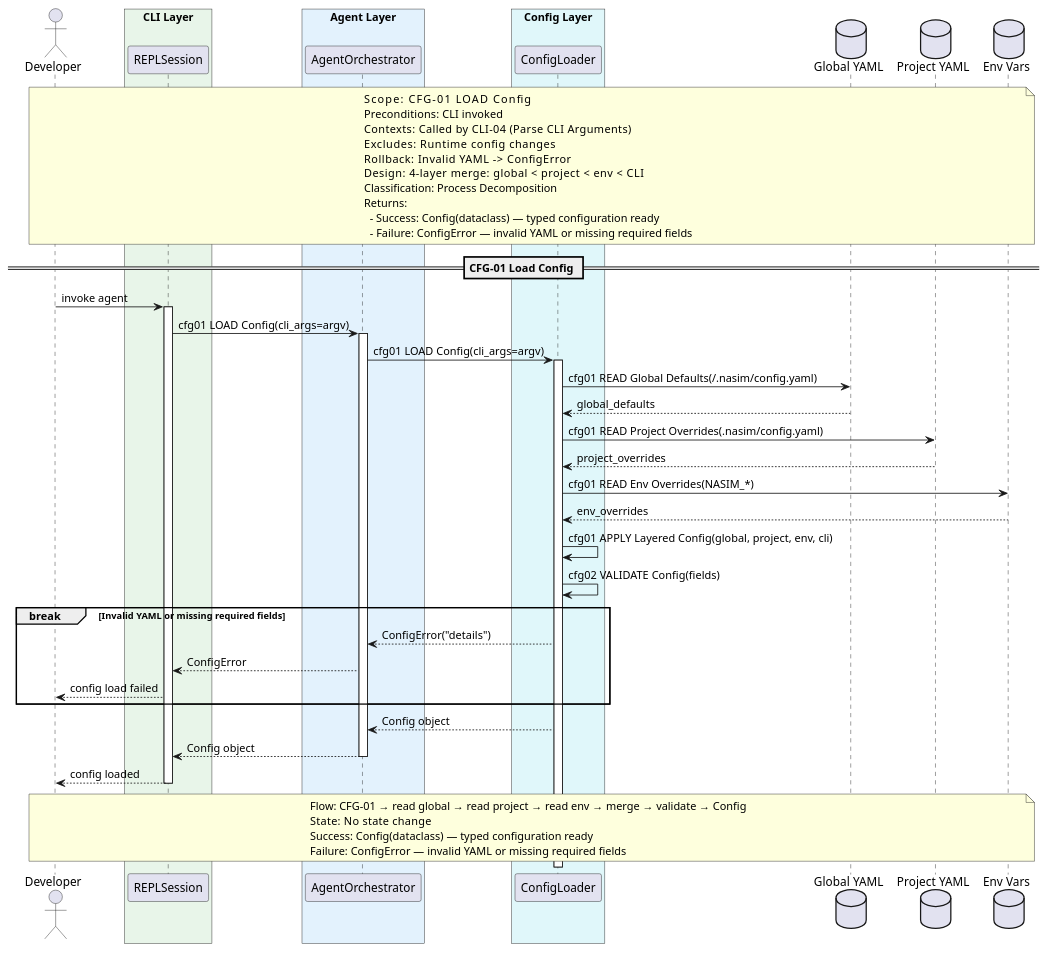
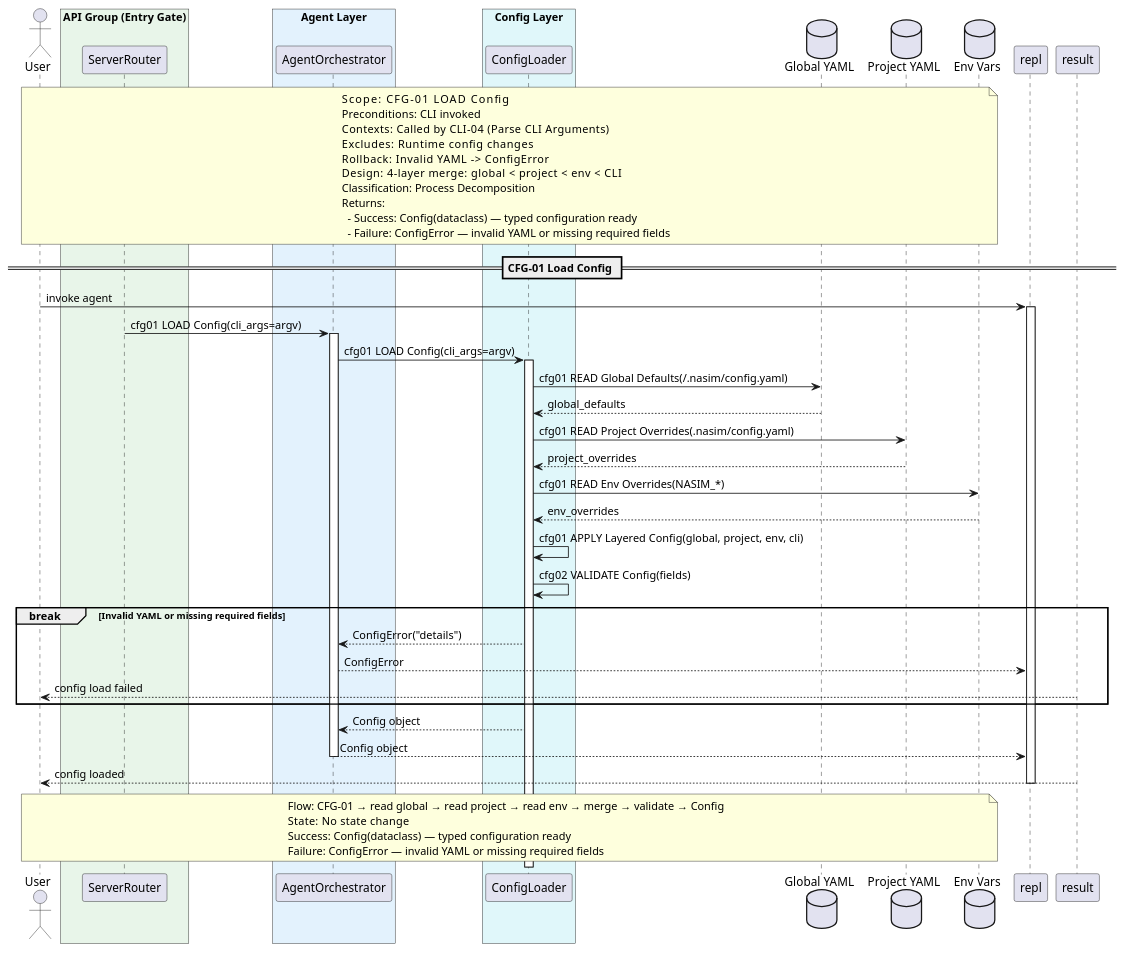
One commit to salimnamvar/nasim changed the diagram in docs/SQ/CFG/sq_cfg01_load_config.puml. Above: the diagram before and after it, drawn with PlantUML. The commit also changed 163 other files, not shown here.

First line of the commit message:
docs: Refactor UC diagrams and documentation for API-First transformation

```diff
--- a/docs/SQ/CFG/sq_cfg01_load_config.puml
+++ b/docs/SQ/CFG/sq_cfg01_load_config.puml
@@ -1,76 +1,76 @@
 @startuml sq_cfg01_load_config
 ' ============================================================
 ' Title:     CFG-01 — Load Config
 ' Boundary:  nasim code agent CLI
 ' Purpose:   Layered config loading from all sources
 ' Milestone: v1.0
-' Version:   2.0.0
-' Source:    docs/UC/README.md
+' Version:   7.0.0
+' Source:    CAR refinement loop — API-First transformation
 ' Review:    —
 ' ============================================================
 
-actor "Developer" as user
+actor "User" as user
 
-box "CLI Layer" #E8F5E9
-  participant "REPLSession" as repl
+box "API Group (Entry Gate)" #E8F5E9
+  participant "ServerRouter" as router
 end box
 box "Agent Layer" #E3F2FD
   participant "AgentOrchestrator" as agent
 end box
 box "Config Layer" #E0F7FA
   participant "ConfigLoader" as cfg
 end box
 database "Global YAML" as global_yaml
 database "Project YAML" as project_yaml
 database "Env Vars" as env_vars
 
 note over user, env_vars
   Scope:          CFG-01 LOAD Config
   Preconditions:  CLI invoked
   Contexts:       Called by CLI-04 (Parse CLI Arguments)
   Excludes:       Runtime config changes
   Rollback:       Invalid YAML -> ConfigError
   Design:         4-layer merge: global < project < env < CLI
   Classification: Process Decomposition
   Returns:
     - Success: Config(dataclass) — typed configuration ready
     - Failure: ConfigError — invalid YAML or missing required fields
 end note
 
 == CFG-01 Load Config ==
 
 user -> repl : invoke agent
 activate repl
-repl -> agent : cfg01 LOAD Config(cli_args=argv)
+router -> agent : cfg01 LOAD Config(cli_args=argv)
 activate agent
 agent -> cfg : cfg01 LOAD Config(cli_args=argv)
 activate cfg
 cfg -> global_yaml : cfg01 READ Global Defaults(~/.nasim/config.yaml)
 global_yaml --> cfg : global_defaults
 cfg -> project_yaml : cfg01 READ Project Overrides(.nasim/config.yaml)
 project_yaml --> cfg : project_overrides
 cfg -> env_vars : cfg01 READ Env Overrides(NASIM_*)
 env_vars --> cfg : env_overrides
 cfg -> cfg : cfg01 APPLY Layered Config(global, project, env, cli)
 cfg -> cfg : cfg02 VALIDATE Config(fields)
 
 break Invalid YAML or missing required fields
     cfg --> agent : ConfigError("details")
     agent --> repl : ConfigError
-    repl --> user : config load failed
+    result --> user : config load failed
 end
 
 cfg --> agent : Config object
 agent --> repl : Config object
 deactivate agent
-repl --> user : config loaded
+result --> user : config loaded
 deactivate repl
 
 note over user, env_vars
   Flow:    CFG-01 → read global → read project → read env → merge → validate → Config
   State:   No state change
   Success: Config(dataclass) — typed configuration ready
   Failure: ConfigError — invalid YAML or missing required fields
 end note
 
 @enduml
```
